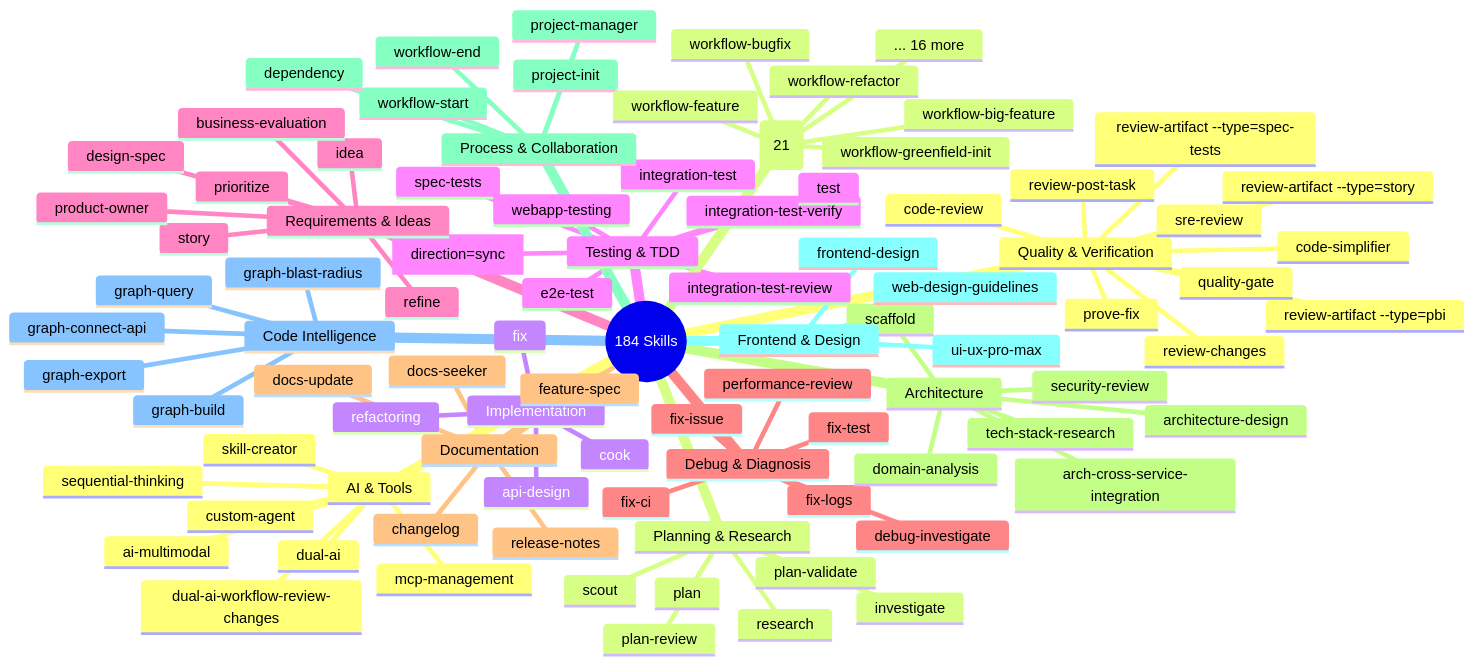
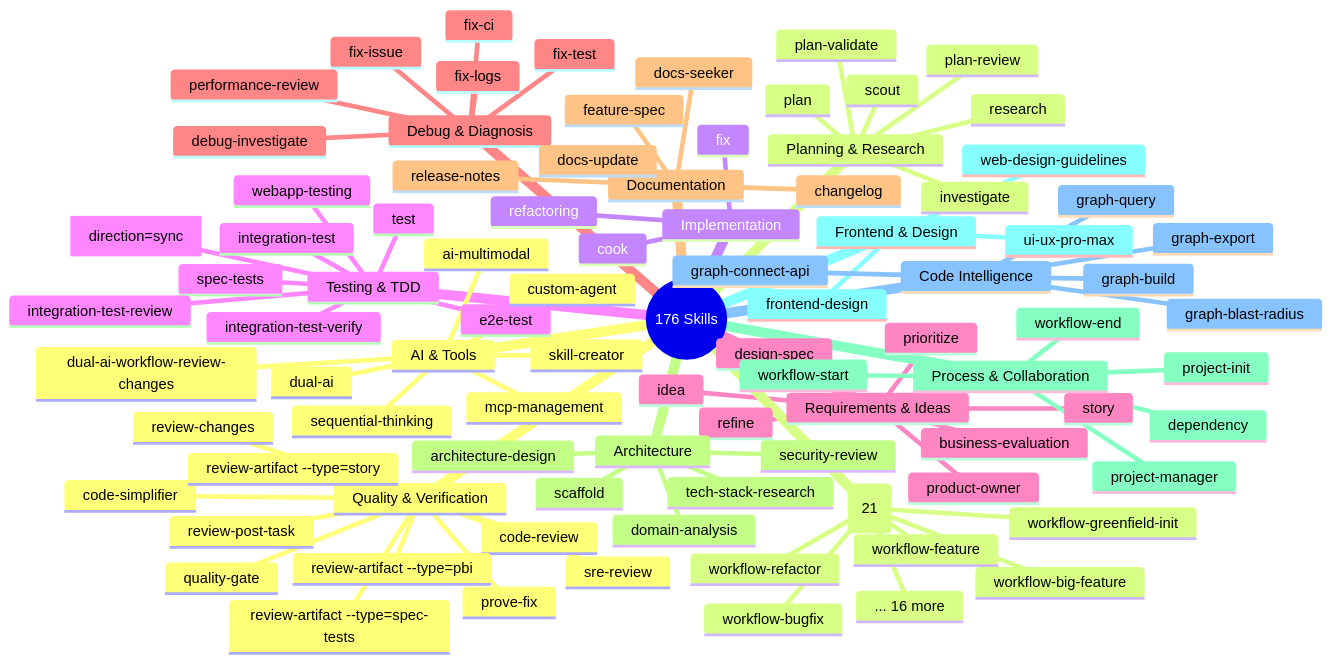
Before and after one commit to duc01226/easy-claude: the fifth of 20 diagrams in .claude/docs/claude-ai-agent-framework-guide.md, drawn with Mermaid. The commit also changed other lines of this file and 359 other files, not shown here.

````diff
--- a/.claude/docs/claude-ai-agent-framework-guide.md
+++ b/.claude/docs/claude-ai-agent-framework-guide.md
@@ -484,6 +484,6 @@
 ```mermaid
 mindmap
-  root((184 Skills))
+  root((176 Skills))
     Quality & Verification
       code-review
       prove-fix
@@ -506,7 +506,6 @@
       cook
       fix
       refactoring
-      api-design
     Testing & TDD
       spec-tests
       integration-test
@@ -538,7 +537,6 @@
       release-notes
       docs-seeker
     Architecture
-      arch-cross-service-integration
       security-review
       architecture-design
       domain-analysis
````
